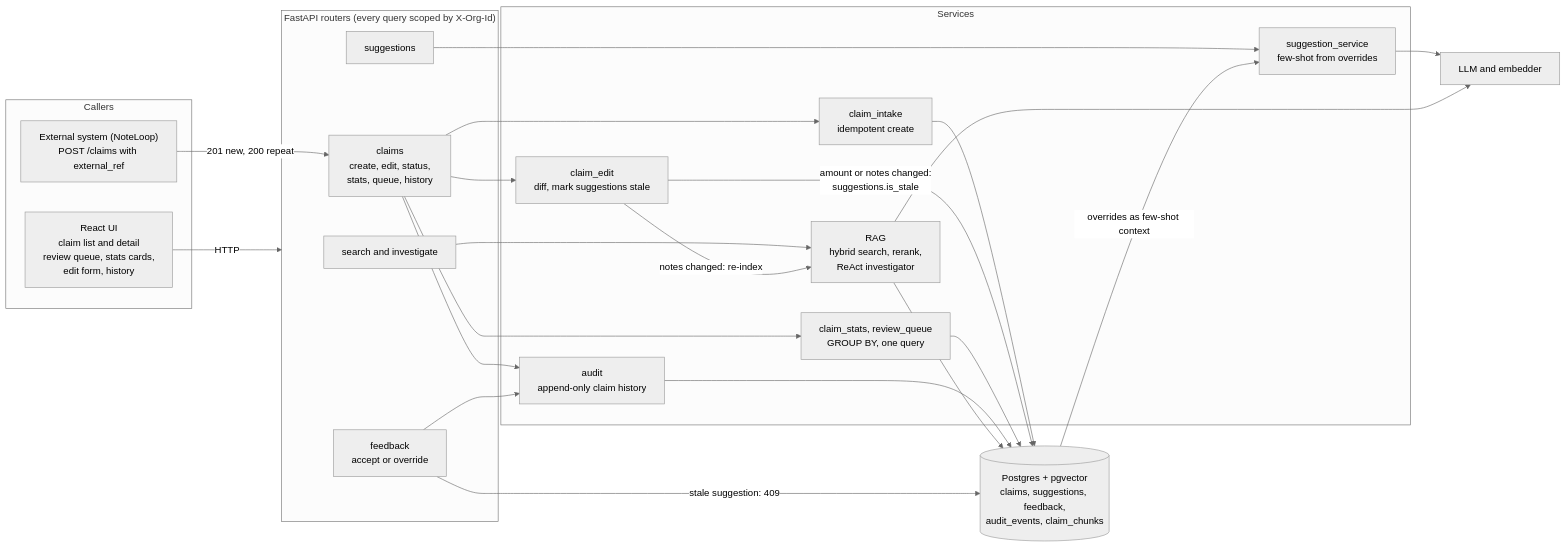
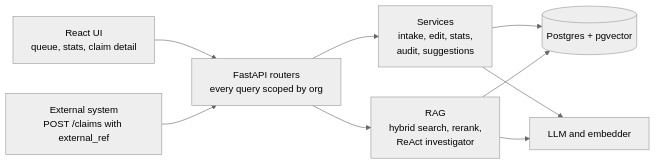
The first of 5 diagrams in README.md (ckwan/claim_feedback_loop), drawn with Mermaid (neutral theme) before and after one commit. The commit also changed other lines of this file and 8 other files, not shown here.

````diff
--- a/README.md
+++ b/README.md
@@ -66,46 +32,19 @@
 ```mermaid
 flowchart LR
-    subgraph Callers
-        UI["React UI<br/>claim list and detail<br/>review queue, stats cards,<br/>edit form, history"]
-        NL["External system (NoteLoop)<br/>POST /claims with external_ref"]
-    end
+    UI["React UI<br/>queue, stats, claim detail"]
+    EXT["External system<br/>POST /claims with external_ref"]
+    API["FastAPI routers<br/>every query scoped by org"]
+    SVC["Services<br/>intake, edit, stats,<br/>audit, suggestions"]
+    RAG["RAG<br/>hybrid search, rerank,<br/>ReAct investigator"]
+    LLM["LLM and embedder"]
+    DB[("Postgres + pgvector")]
 
-    subgraph API["FastAPI routers (every query scoped by X-Org-Id)"]
-        Claims["claims<br/>create, edit, status,<br/>stats, queue, history"]
-        Sugg["suggestions"]
-        Fb["feedback<br/>accept or override"]
-        Srch["search and investigate"]
-    end
-
-    subgraph Svc["Services"]
-        Intake["claim_intake<br/>idempotent create"]
-        Edit["claim_edit<br/>diff, mark suggestions stale"]
-        Stats["claim_stats, review_queue<br/>GROUP BY, one query"]
-        Audit["audit<br/>append-only claim history"]
-        SuggSvc["suggestion_service<br/>few-shot from overrides"]
-        Rag["RAG<br/>hybrid search, rerank,<br/>ReAct investigator"]
-    end
-
-    LLM["LLM and embedder"]
-    DB[("Postgres + pgvector<br/>claims, suggestions, feedback,<br/>audit_events, claim_chunks")]
-
-    UI -->|HTTP| API
-    NL -->|"201 new, 200 repeat"| Claims
-    Claims --> Intake
-    Claims --> Edit
-    Claims --> Stats
-    Claims --> Audit
-    Sugg --> SuggSvc
-    Fb --> Audit
-    Srch --> Rag
-    SuggSvc --> LLM
-    Rag --> LLM
-    Edit -->|"notes changed: re-index"| Rag
-    Intake --> DB
-    Edit -->|"amount or notes changed:<br/>suggestions.is_stale"| DB
-    Stats --> DB
-    Audit --> DB
-    Fb -->|"stale suggestion: 409"| DB
-    DB -->|"overrides as few-shot context"| SuggSvc
-    Rag --> DB
+    UI --> API
+    EXT --> API
+    API --> SVC
+    API --> RAG
+    SVC --> DB
+    RAG --> DB
+    SVC --> LLM
+    RAG --> LLM
 ```
````
